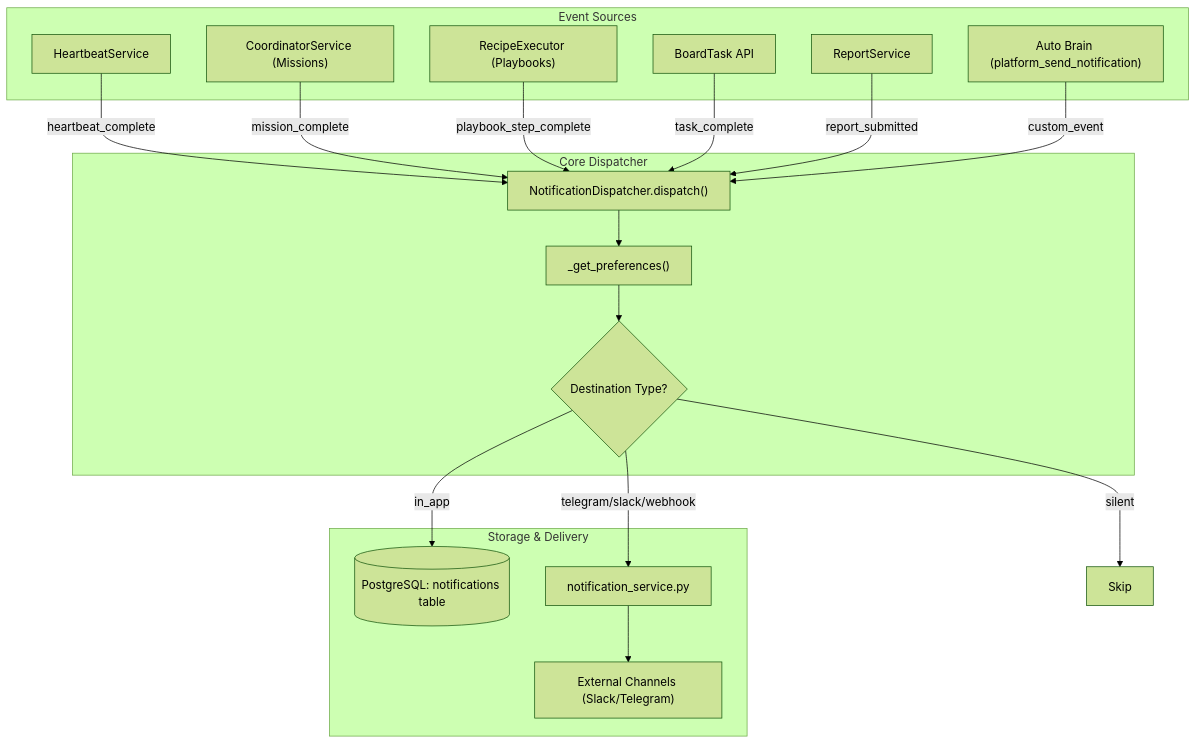
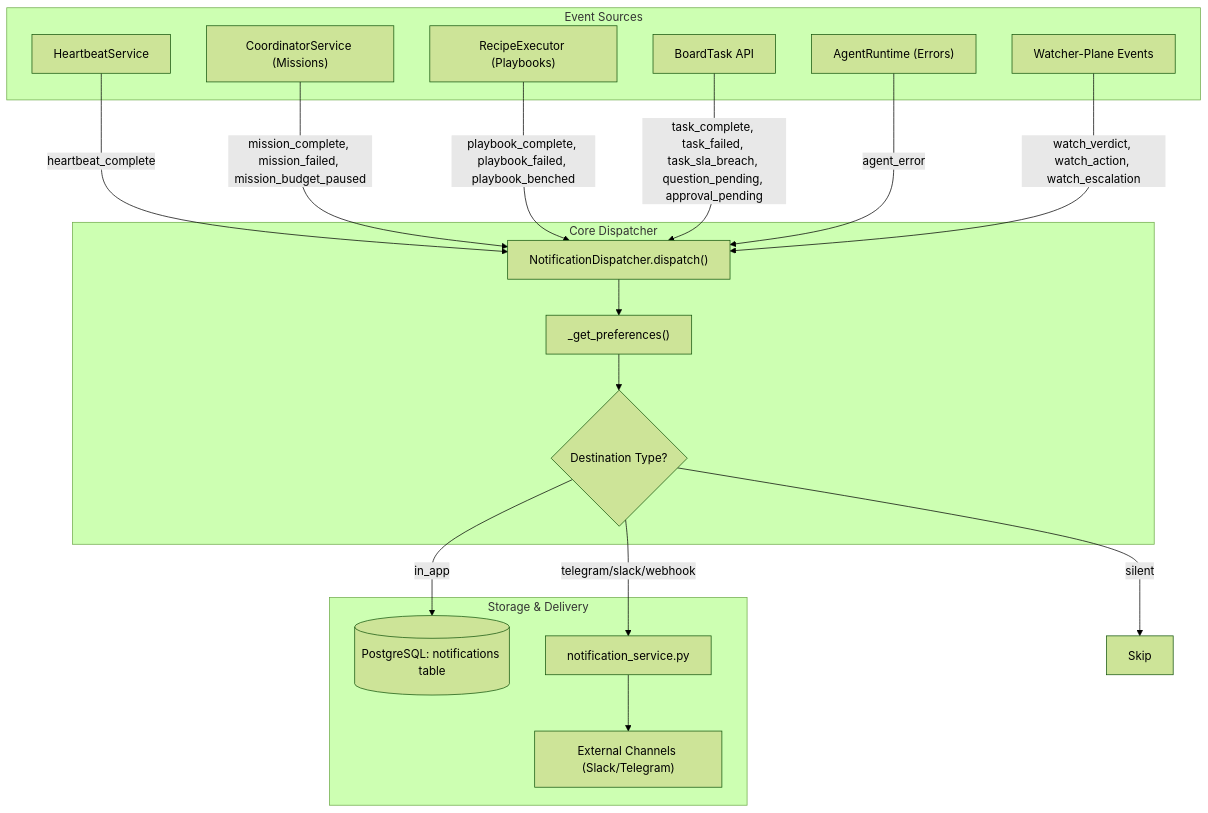
Before and after one commit to AutomatosAI/automatos-ai: the first of 2 diagrams in docs/unified-notification-system/notification-api-settings.md, drawn with Mermaid (forest theme). The commit also changed other lines of this file and 191 other files, not shown here.

````diff
--- a/docs/unified-notification-system/notification-api-settings.md
+++ b/docs/unified-notification-system/notification-api-settings.md
@@ -38,37 +54,37 @@
 ```mermaid
 graph TD
     subgraph "Event Sources"
         A1["HeartbeatService"]
         A2["CoordinatorService (Missions)"]
         A3["RecipeExecutor (Playbooks)"]
         A4["BoardTask API"]
-        A5["ReportService"]
-        A6["Auto Brain (platform_send_notification)"]
+        A5["AgentRuntime (Errors)"]
+        A6["Watcher-Plane Events"]
     end
 
     subgraph "Core Dispatcher"
         B["NotificationDispatcher.dispatch()"]
         C["_get_preferences()"]
         D{"Destination Type?"}
     end
 
     subgraph "Storage & Delivery"
         E[("PostgreSQL: notifications table")]
         F["notification_service.py"]
         G["External Channels (Slack/Telegram)"]
     end
 
     A1 -- "heartbeat_complete" --> B
-    A2 -- "mission_complete" --> B
-    A3 -- "playbook_step_complete" --> B
-    A4 -- "task_complete" --> B
-    A5 -- "report_submitted" --> B
-    A6 -- "custom_event" --> B
+    A2 -- "mission_complete, mission_failed, mission_budget_paused" --> B
+    A3 -- "playbook_complete, playbook_failed, playbook_benched" --> B
+    A4 -- "task_complete, task_failed, task_sla_breach, question_pending, approval_pending" --> B
+    A5 -- "agent_error" --> B
+    A6 -- "watch_verdict, watch_action, watch_escalation" --> B
 
     B --> C
     C --> D
     D -- "in_app" --> E
     D -- "telegram/slack/webhook" --> F
     F --> G
     D -- "silent" --> H["Skip"]
 ```
````
